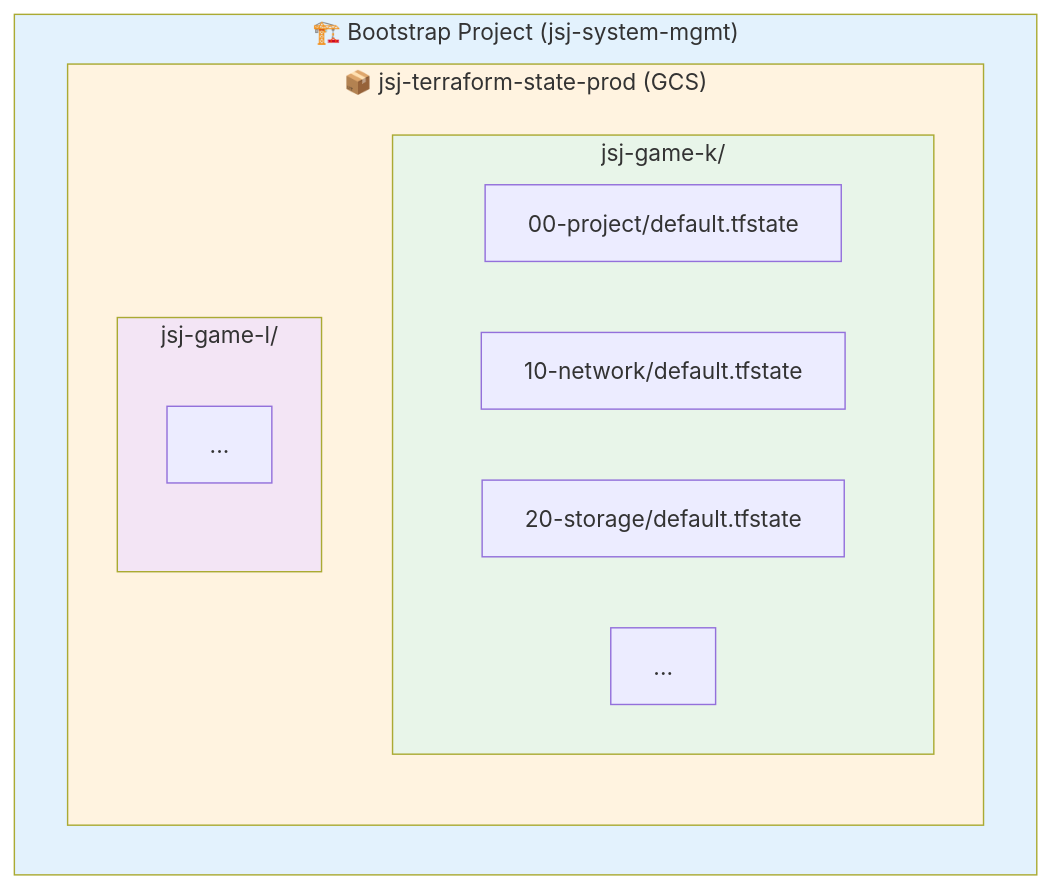
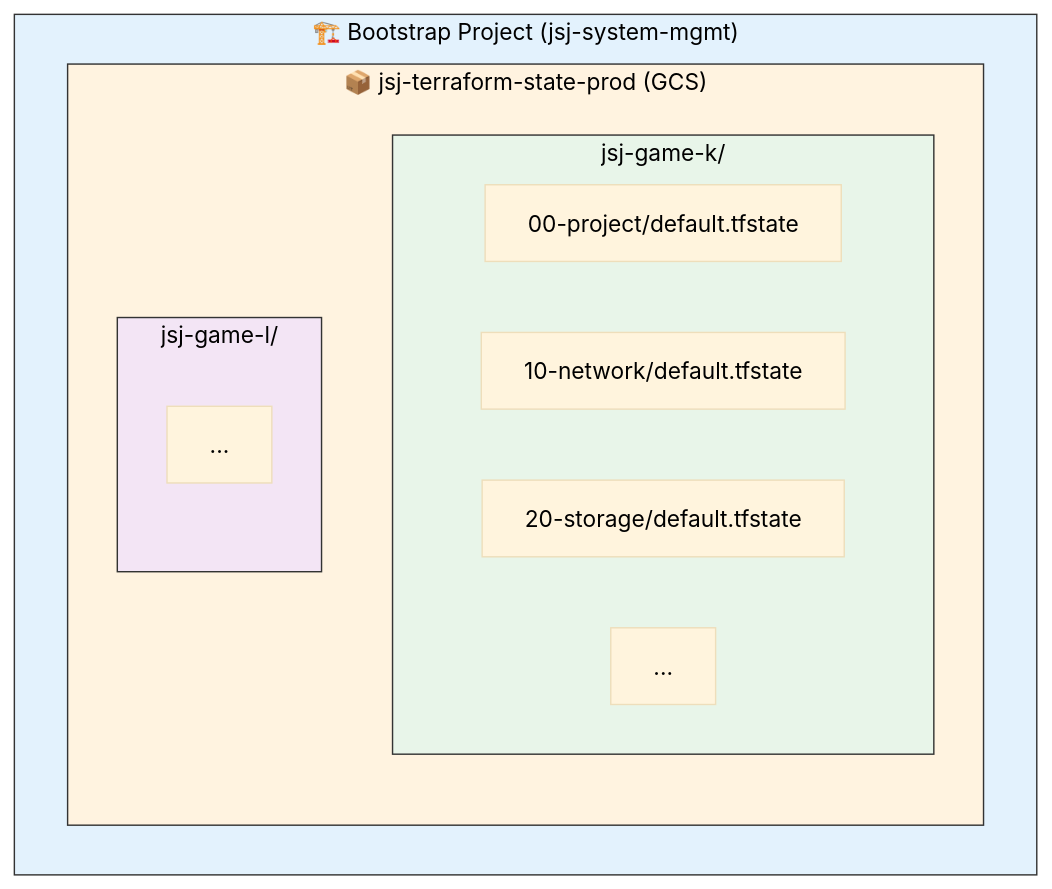
Before and after one commit to JSJ2337/GCP_terraform_code: the diagram in terraform_gcp_infra/docs/architecture/state-management.md, drawn with Mermaid. The commit also changed 5 other files, not shown here.

First line of the commit message:
style: Mermaid 다이어그램 제목 가독성 개선

````diff
--- a/terraform_gcp_infra/docs/architecture/state-management.md
+++ b/terraform_gcp_infra/docs/architecture/state-management.md
@@ -7,22 +7,23 @@
 ```mermaid
+%%{init: {'theme': 'base', 'themeVariables': { 'primaryTextColor': '#000000', 'clusterBkg': '#ffffff', 'clusterBorder': '#333333' }}}%%
 flowchart TB
     subgraph Bootstrap["🏗️ Bootstrap Project (jsj-system-mgmt)"]
         subgraph GCS["📦 jsj-terraform-state-prod (GCS)"]
             subgraph GAMEK["jsj-game-k/"]
                 K00["00-project/default.tfstate"]
                 K10["10-network/default.tfstate"]
                 K20["20-storage/default.tfstate"]
                 K_ETC["..."]
             end
 
             subgraph GAMEL["jsj-game-l/"]
                 L_ETC["..."]
             end
         end
     end
 
-    style Bootstrap fill:#e3f2fd
-    style GCS fill:#fff3e0
-    style GAMEK fill:#e8f5e9
-    style GAMEL fill:#f3e5f5
+    style Bootstrap fill:#e3f2fd,color:#000000
+    style GCS fill:#fff3e0,color:#000000
+    style GAMEK fill:#e8f5e9,color:#000000
+    style GAMEL fill:#f3e5f5,color:#000000
 ```
````
